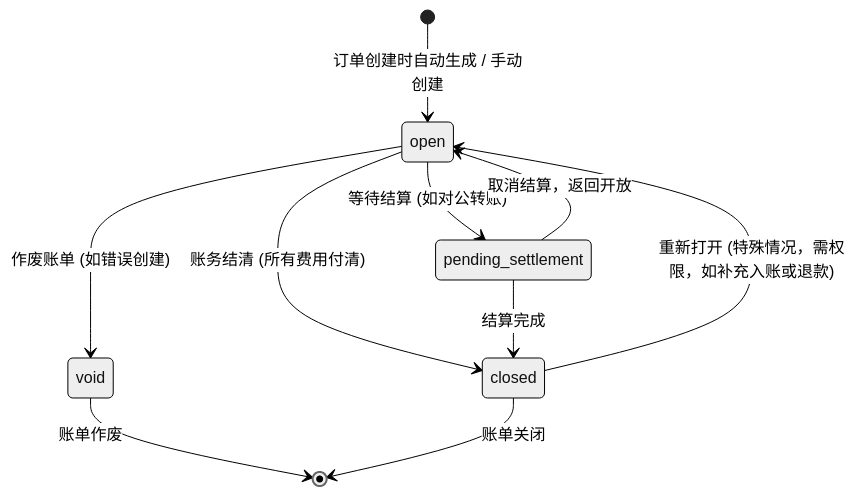
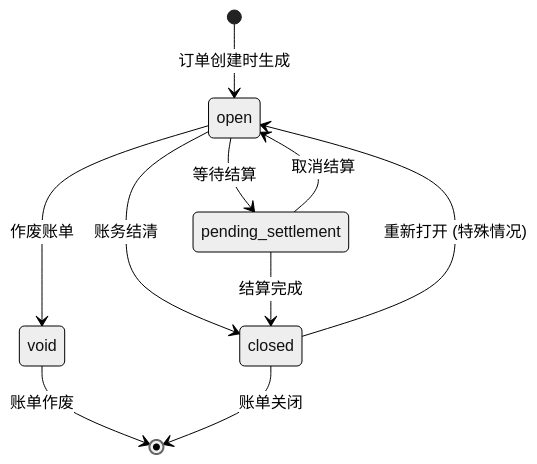
One commit to dromara/RuoYi-Vue-Plus changed the fifth of 5 diagrams in docs/basic/PMS数据模型.md. Above: the diagram before and after it, drawn with Mermaid (neutral theme). The commit also changed other lines of this file and 163 other files, not shown here.

````diff
--- a/docs/basic/PMS数据模型.md
+++ b/docs/basic/PMS数据模型.md
@@ -693,12 +831,12 @@
 ```mermaid
 stateDiagram-v2
-    [*] --> open: 订单创建时自动生成 / 手动创建
-    open --> closed: 账务结清 (所有费用付清)
-    open --> void: 作废账单 (如错误创建)
-    open --> pending_settlement: 等待结算 (如对公转账)
+    [*] --> open: 订单创建时生成
+    open --> closed: 账务结清
+    open --> void: 作废账单
+    open --> pending_settlement: 等待结算
     pending_settlement --> closed: 结算完成
-    pending_settlement --> open: 取消结算，返回开放
-    closed --> open: 重新打开 (特殊情况，需权限，如补充入账或退款)
+    pending_settlement --> open: 取消结算
+    closed --> open: 重新打开 (特殊情况)
     void --> [*] : 账单作废
     closed --> [*] : 账单关闭
 ```
````
